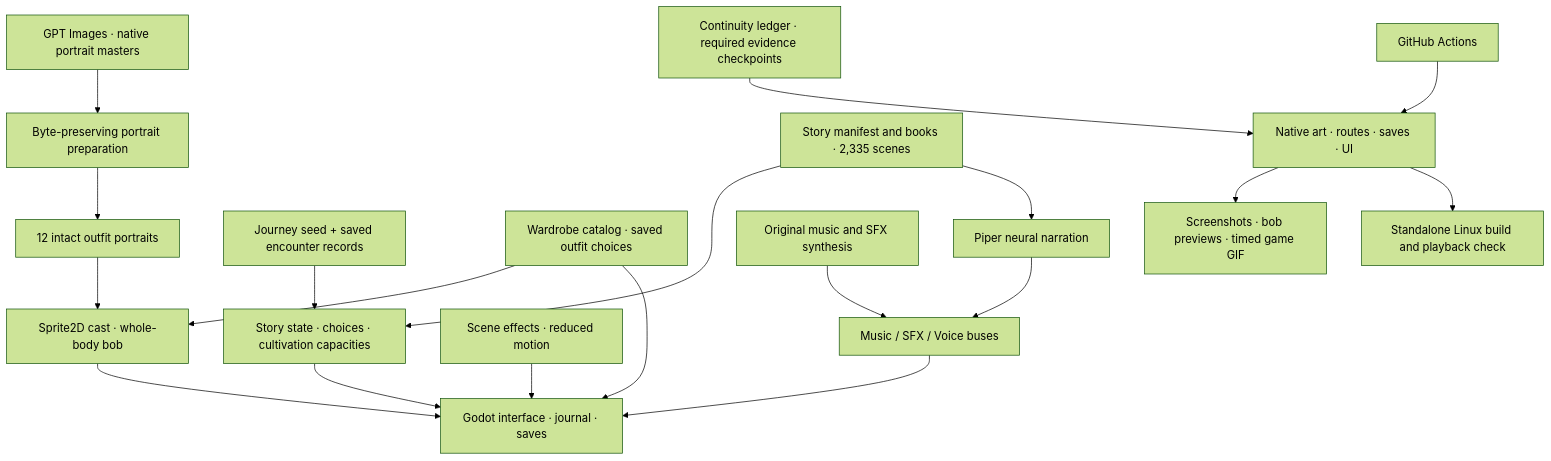
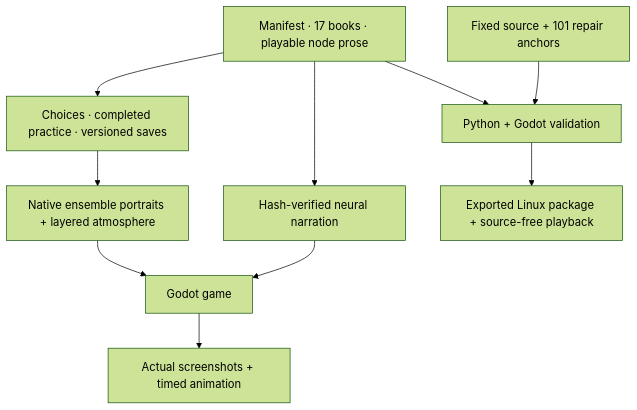
The second of 2 diagrams in README.md (jgyy/octxian), drawn with Mermaid (forest theme) before and after one commit. The commit also changed other lines of this file and 60 other files, not shown here.

Commit message:
Continue campaign beyond one million words with causal practice, late roles and ensemble staging

````diff
--- a/README.md
+++ b/README.md
@@ -283,21 +109,12 @@
 ```mermaid
 flowchart TD
-    GPT["GPT Images · native portrait masters"] --> Prep["Byte-preserving portrait preparation"]
-    Prep --> Portraits["12 intact outfit portraits"]
-    Portraits --> Cast["Sprite2D cast · whole-body bob"]
-    JSON["Story manifest and books · 2,335 scenes"] --> State["Story state · choices · cultivation capacities"]
-    Seed["Journey seed + saved encounter records"] --> State
-    Canon["Continuity ledger · required evidence checkpoints"] --> Verify
-    Effects["Scene effects · reduced motion"] --> UI
-    State --> UI["Godot interface · journal · saves"]
-    Wardrobe["Wardrobe catalog · saved outfit choices"] --> Cast
-    Wardrobe --> UI
-    Cast --> UI
-    JSON --> Piper["Piper neural narration"]
-    Synth["Original music and SFX synthesis"] --> Audio["Music / SFX / Voice buses"]
-    Piper --> Audio
-    Audio --> UI
-    CI["GitHub Actions"] --> Verify["Native art · routes · saves · UI"]
-    Verify --> Capture["Screenshots · bob previews · timed game GIF"]
-    Verify --> Build["Standalone Linux build and playback check"]
+  Books["Manifest · 17 books · playable node prose"] --> State["Choices · completed practice · versioned saves"]
+  State --> Stage["Native ensemble portraits + layered atmosphere"]
+  Books --> Voice["Hash-verified neural narration"]
+  Voice --> Game["Godot game"]
+  Stage --> Game
+  Source["Fixed source + 101 repair anchors"] --> Checks["Python + Godot validation"]
+  Books --> Checks
+  Game --> Capture["Actual screenshots + timed animation"]
+  Checks --> Package["Exported Linux package + source-free playback"]
 ```
````
